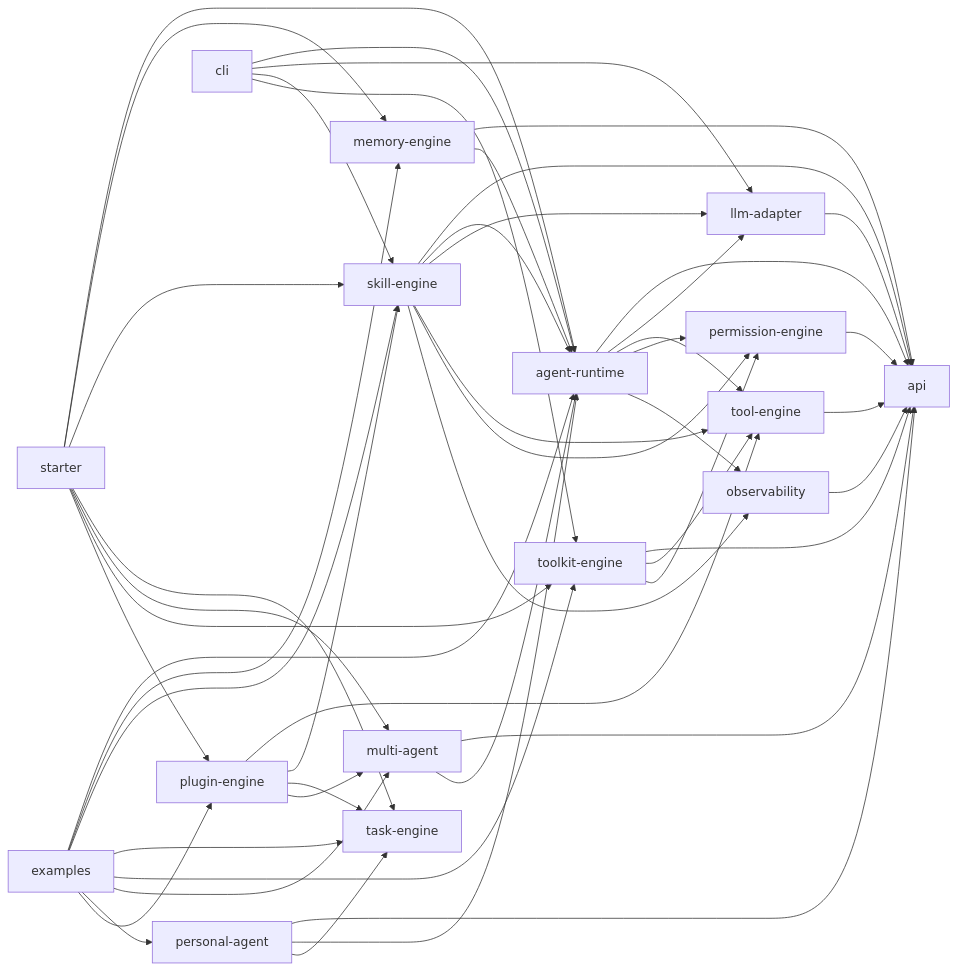
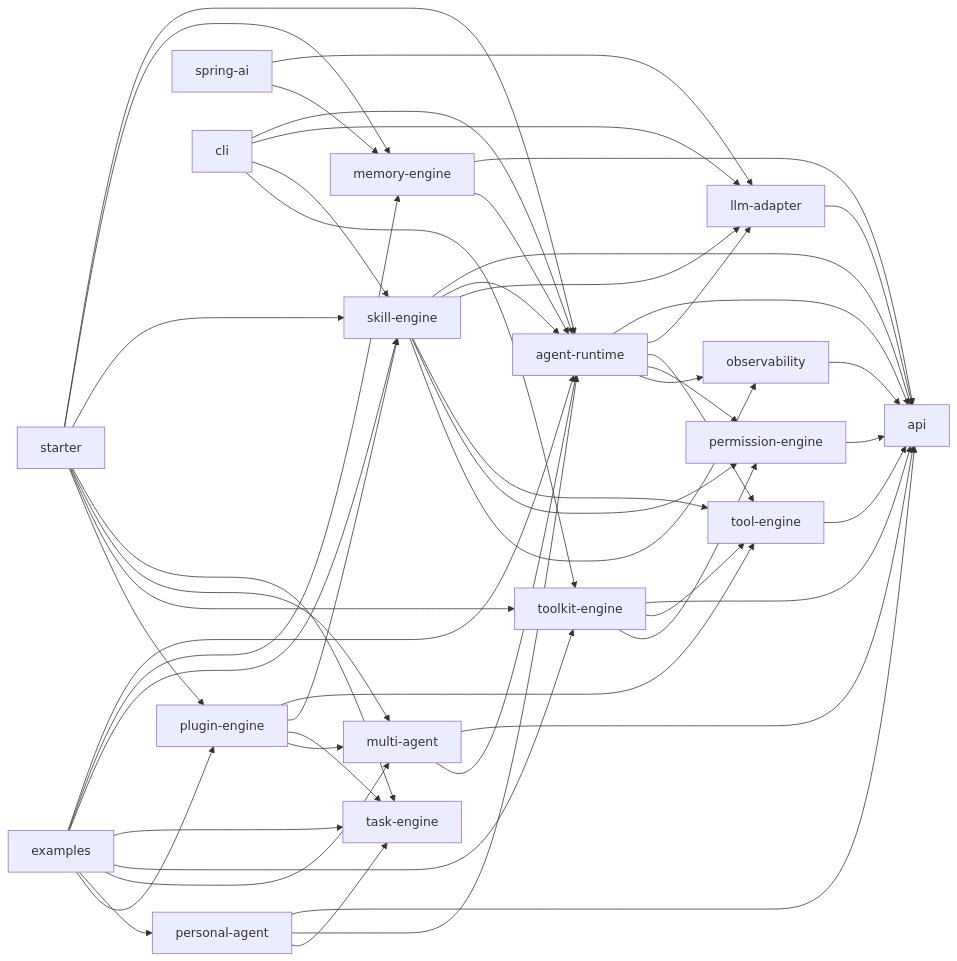
One commit to liu9187/OpenHarness4j changed the first of 2 diagrams in README.cn.md. Above: the diagram before and after it, drawn with Mermaid. The commit also changed other lines of this file and 20 other files, not shown here.

````diff
--- a/README.cn.md
+++ b/README.cn.md
@@ -85,68 +88,71 @@
 ```mermaid
 flowchart LR
     API["api"]
     LLM["llm-adapter"]
     TOOL["tool-engine"]
     PERM["permission-engine"]
     OBS["observability"]
     TOOLKIT["toolkit-engine"]
     RUNTIME["agent-runtime"]
     MEMORY["memory-engine"]
     SKILL["skill-engine"]
     TASK["task-engine"]
     MULTI["multi-agent"]
     PERSONAL["personal-agent"]
     PLUGIN["plugin-engine"]
     STARTER["starter"]
+    SPRINGAI["spring-ai"]
     CLI["cli"]
     EXAMPLES["examples"]
 
     LLM --> API
     TOOL --> API
     PERM --> API
     OBS --> API
     TOOLKIT --> API
     TOOLKIT --> TOOL
     TOOLKIT --> PERM
     RUNTIME --> API
     RUNTIME --> LLM
     RUNTIME --> TOOL
     RUNTIME --> PERM
     RUNTIME --> OBS
     MEMORY --> API
     MEMORY --> RUNTIME
     SKILL --> API
     SKILL --> RUNTIME
     SKILL --> LLM
     SKILL --> TOOL
     SKILL --> PERM
     SKILL --> OBS
     MULTI --> API
     MULTI --> RUNTIME
     PERSONAL --> API
     PERSONAL --> RUNTIME
     PERSONAL --> TASK
     PLUGIN --> TOOL
     PLUGIN --> SKILL
     PLUGIN --> TASK
     PLUGIN --> MULTI
     STARTER --> RUNTIME
     STARTER --> MEMORY
     STARTER --> SKILL
     STARTER --> TASK
     STARTER --> MULTI
     STARTER --> TOOLKIT
     STARTER --> PLUGIN
+    SPRINGAI --> LLM
+    SPRINGAI --> MEMORY
     CLI --> RUNTIME
     CLI --> LLM
     CLI --> SKILL
     CLI --> TOOLKIT
     EXAMPLES --> RUNTIME
     EXAMPLES --> MEMORY
     EXAMPLES --> SKILL
     EXAMPLES --> TASK
     EXAMPLES --> TOOLKIT
     EXAMPLES --> MULTI
     EXAMPLES --> PERSONAL
     EXAMPLES --> PLUGIN
 ```
````
